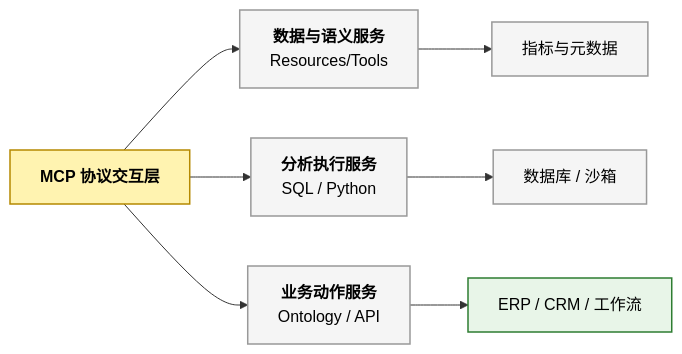
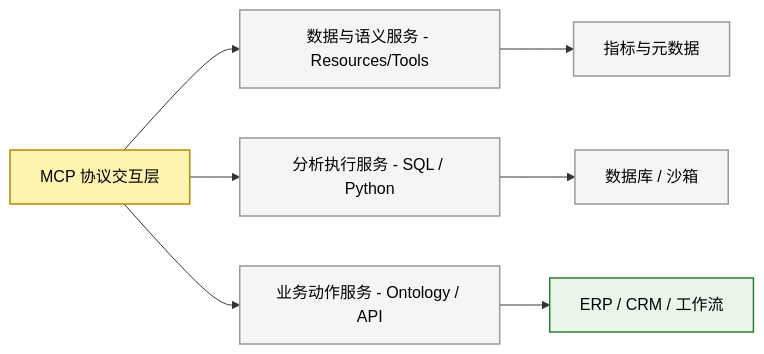
The first of 6 diagrams in source/_posts/bi-evolution-6-ai-native-restructure.md (BillZong/BillZong.github.io), drawn with Mermaid before and after one commit. The commit also changed other lines of this file and 1 other file, not shown here.

```diff
--- a/source/_posts/bi-evolution-6-ai-native-restructure.md
+++ b/source/_posts/bi-evolution-6-ai-native-restructure.md
@@ -93,18 +93,18 @@
 {% mermaid %}
 flowchart LR
     classDef entry fill:#fff3b0,stroke:#b58900,color:#000,stroke-width:1.5px
     classDef decision fill:#fce4ec,stroke:#c62828,color:#000,stroke-width:1.5px
     classDef exit fill:#e8f5e8,stroke:#2e7d32,color:#000,stroke-width:1.5px
     classDef normal fill:#f5f5f5,stroke:#999,color:#000,stroke-width:1.5px
 
-    MCP["<b>MCP 协议交互层</b>"]:::entry
-    D1["<b>数据与语义服务</b><br/>Resources/Tools"]:::normal
-    D2["<b>分析执行服务</b><br/>SQL / Python"]:::normal
-    D3["<b>业务动作服务</b><br/>Ontology / API"]:::normal
+    MCP["MCP 协议交互层"]:::entry
+    D1["数据与语义服务 - Resources/Tools"]:::normal
+    D2["分析执行服务 - SQL / Python"]:::normal
+    D3["业务动作服务 - Ontology / API"]:::normal
     M1["指标与元数据"]:::normal
     M2["数据库 / 沙箱"]:::normal
     M3["ERP / CRM / 工作流"]:::exit
     MCP --> D1 --> M1
     MCP --> D2 --> M2
     MCP --> D3 --> M3
 {% endmermaid %}
```
